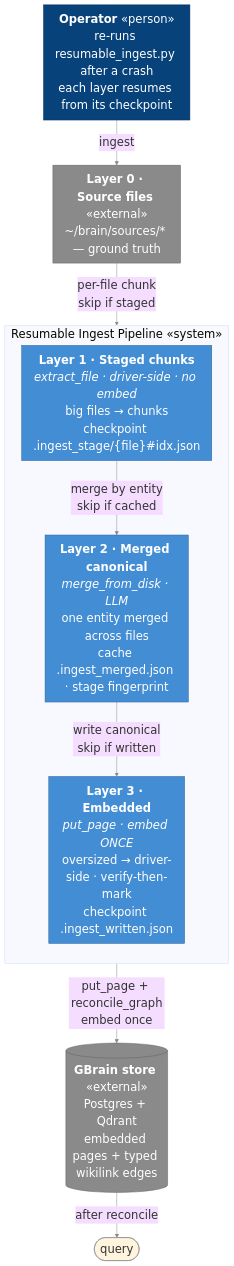
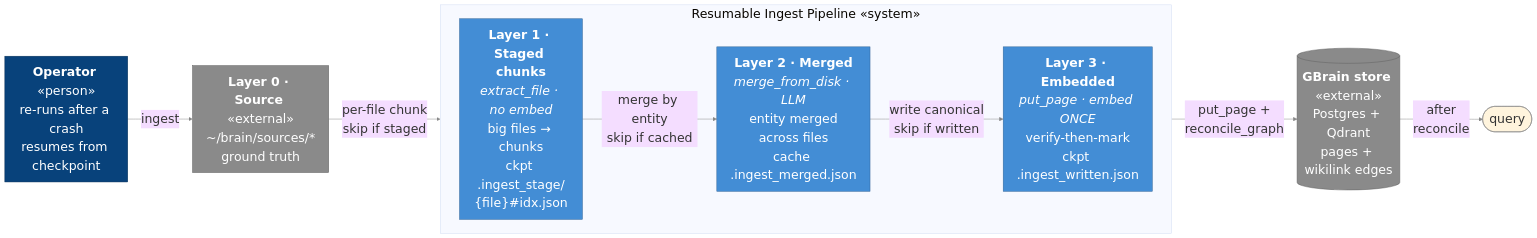
One commit to shaneliuyx/agent-development-curriculum changed the fourth of 4 diagrams in Week 3.5.96 - Self-Wiring Memory (GBrain).md. Above: the diagram before and after it, drawn with Mermaid. The commit also changed other lines of this file, not shown here.

Commit message:
docs(w3.5.96): Phase 8 diagram → LR (fills width, big font, horizontal scroll)

````diff
--- a/Week 3.5.96 - Self-Wiring Memory (GBrain).md
+++ b/Week 3.5.96 - Self-Wiring Memory (GBrain).md
@@ -1104,26 +1104,26 @@
 ```mermaid
-%%{init: {'theme':'base', 'themeVariables': {'fontSize':'24px','lineColor':'#888','primaryBorderColor':'#888'}, 'flowchart':{'useMaxWidth':false,'nodeSpacing':50,'rankSpacing':58,'padding':12}}}%%
-flowchart TB
-  OP["<b>Operator</b> «person»<br/>re-runs resumable_ingest.py after a crash<br/>each layer resumes from its checkpoint"]
-  L0["<b>Layer 0 · Source files</b> «external»<br/>~/brain/sources/* — ground truth"]
+%%{init: {'theme':'base', 'themeVariables': {'fontSize':'26px','lineColor':'#888','primaryBorderColor':'#888'}, 'flowchart':{'useMaxWidth':false,'nodeSpacing':38,'rankSpacing':55,'padding':14}}}%%
+flowchart LR
+  OP["<b>Operator</b> «person»<br/>re-runs after a crash<br/>resumes from checkpoint"]
+  L0["<b>Layer 0 · Source</b> «external»<br/>~/brain/sources/*<br/>ground truth"]
   subgraph PIPE["Resumable Ingest Pipeline «system»"]
-    direction TB
-    L1["<b>Layer 1 · Staged chunks</b><br/><i>extract_file · driver-side · no embed</i><br/>big files → chunks<br/>checkpoint .ingest_stage/{file}#idx.json"]
-    L2["<b>Layer 2 · Merged canonical</b><br/><i>merge_from_disk · LLM</i><br/>one entity merged across files<br/>cache .ingest_merged.json · stage fingerprint"]
-    L3["<b>Layer 3 · Embedded</b><br/><i>put_page · embed ONCE</i><br/>oversized → driver-side · verify-then-mark<br/>checkpoint .ingest_written.json"]
+    direction LR
+    L1["<b>Layer 1 · Staged chunks</b><br/><i>extract_file · no embed</i><br/>big files → chunks<br/>ckpt .ingest_stage/<br/>{file}#idx.json"]
+    L2["<b>Layer 2 · Merged</b><br/><i>merge_from_disk · LLM</i><br/>entity merged<br/>across files<br/>cache .ingest_merged.json"]
+    L3["<b>Layer 3 · Embedded</b><br/><i>put_page · embed ONCE</i><br/>verify-then-mark<br/>ckpt .ingest_written.json"]
     L1 -->|"merge by entity<br/>skip if cached"| L2
     L2 -->|"write canonical<br/>skip if written"| L3
   end
-  GB[("<b>GBrain store</b> «external»<br/>Postgres + Qdrant<br/>embedded pages + typed wikilink edges")]
+  GB[("<b>GBrain store</b> «external»<br/>Postgres + Qdrant<br/>pages + wikilink edges")]
   Q(["query"])
   OP -->|ingest| L0
   L0 -->|"per-file chunk<br/>skip if staged"| L1
-  L3 -->|"put_page + reconcile_graph<br/>embed once"| GB
-  GB -->|after reconcile| Q
+  L3 -->|"put_page +<br/>reconcile_graph"| GB
+  GB -->|"after<br/>reconcile"| Q
   classDef person fill:#08427b,stroke:#052e56,color:#fff;
   classDef ext fill:#8a8a8a,stroke:#5f5f5f,color:#fff;
   classDef cont fill:#438dd5,stroke:#2e6295,color:#fff;
   class OP person
   class L0,GB ext
   class L1,L2,L3 cont
 ```
````
